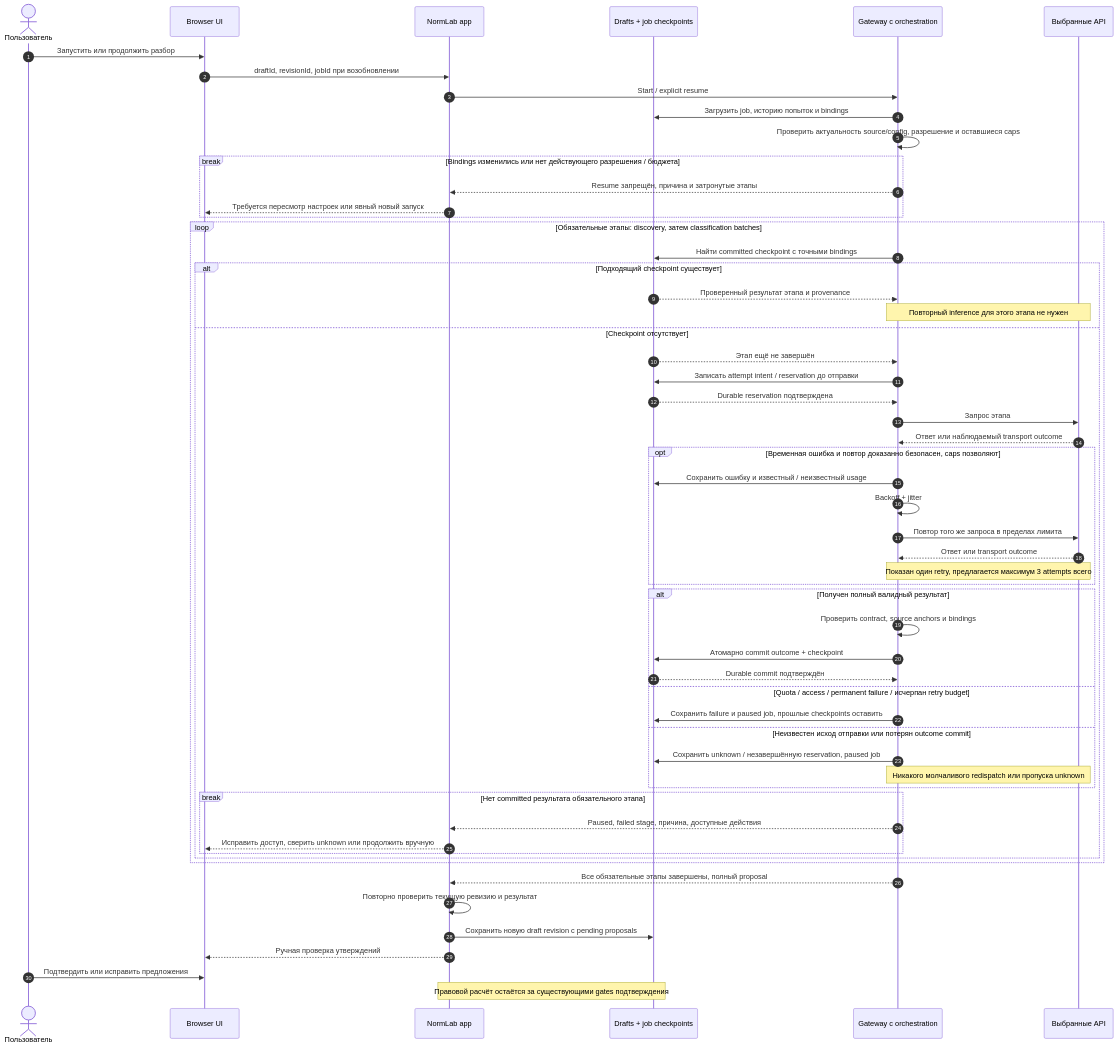
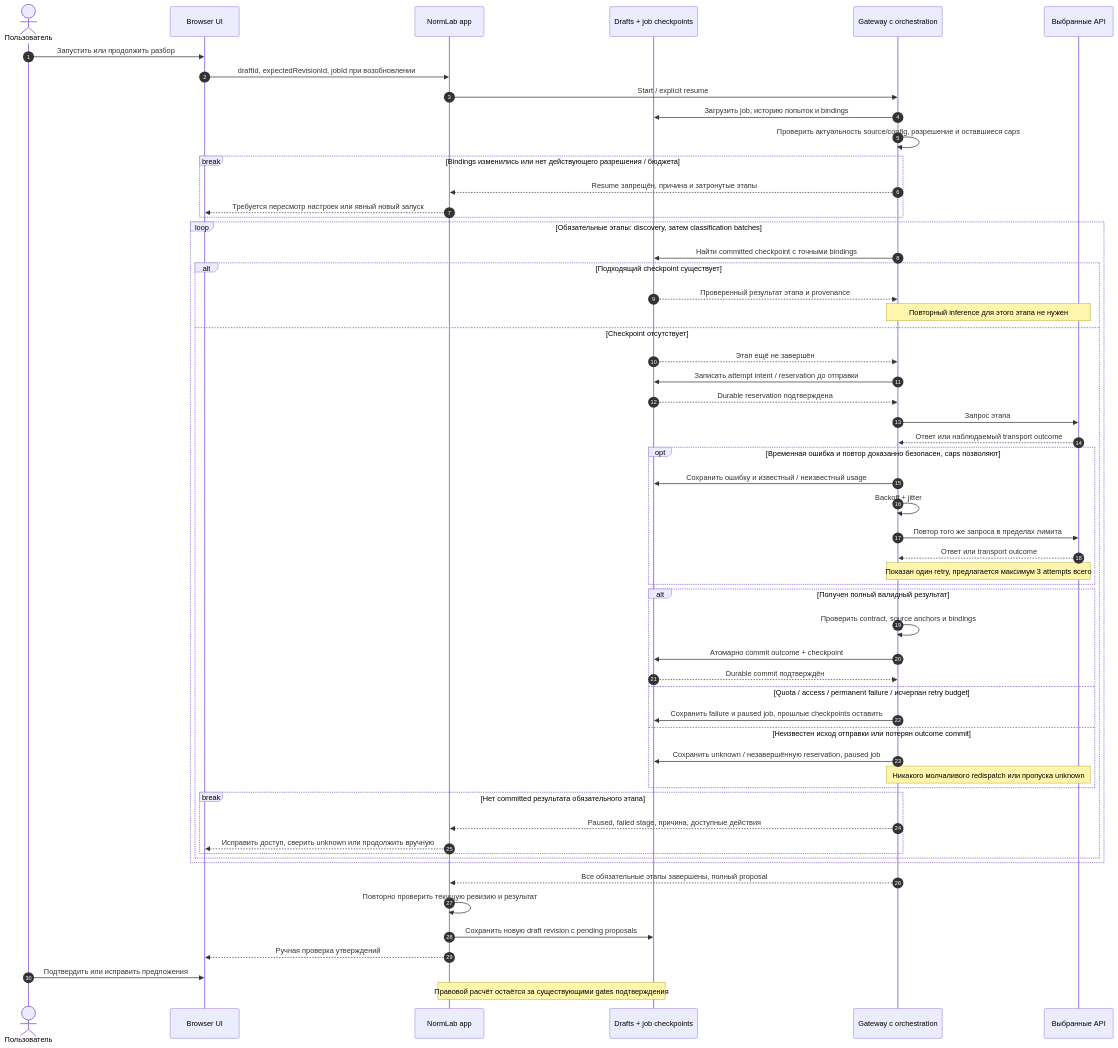
Before and after one commit to SoundBlaster/NormLab: the second of 2 diagrams in docs/HOSTED_INFERENCE_RECOVERY.md, drawn with Mermaid. The commit also changed other lines of this file, not shown here.

Commit message:
Use expectedRevisionId in recovery sequence requests

````diff
--- a/docs/HOSTED_INFERENCE_RECOVERY.md
+++ b/docs/HOSTED_INFERENCE_RECOVERY.md
@@ -95,62 +95,62 @@
 ```mermaid
 sequenceDiagram
     autonumber
     actor User as Пользователь
     participant UI as Browser UI
     participant App as NormLab app
     participant Store as Drafts + job checkpoints
     participant GW as Gateway с orchestration
     participant API as Выбранные API
 
     User->>UI: Запустить или продолжить разбор
-    UI->>App: draftId, revisionId, jobId при возобновлении
+    UI->>App: draftId, expectedRevisionId, jobId при возобновлении
     App->>GW: Start / explicit resume
     GW->>Store: Загрузить job, историю попыток и bindings
     GW->>GW: Проверить актуальность source/config, разрешение и оставшиеся caps
     break Bindings изменились или нет действующего разрешения / бюджета
         GW-->>App: Resume запрещён, причина и затронутые этапы
         App-->>UI: Требуется пересмотр настроек или явный новый запуск
     end
 
     loop Обязательные этапы: discovery, затем classification batches
         GW->>Store: Найти committed checkpoint с точными bindings
         alt Подходящий checkpoint существует
             Store-->>GW: Проверенный результат этапа и provenance
             Note over GW,API: Повторный inference для этого этапа не нужен
         else Checkpoint отсутствует
             Store-->>GW: Этап ещё не завершён
             GW->>Store: Записать attempt intent / reservation до отправки
             Store-->>GW: Durable reservation подтверждена
             GW->>API: Запрос этапа
             API-->>GW: Ответ или наблюдаемый transport outcome
             opt Временная ошибка и повтор доказанно безопасен, caps позволяют
                 GW->>Store: Сохранить ошибку и известный / неизвестный usage
                 GW->>GW: Backoff + jitter
                 GW->>API: Повтор того же запроса в пределах лимита
                 API-->>GW: Ответ или transport outcome
                 Note over GW,API: Показан один retry, предлагается максимум 3 attempts всего
             end
             alt Получен полный валидный результат
                 GW->>GW: Проверить contract, source anchors и bindings
                 GW->>Store: Атомарно commit outcome + checkpoint
                 Store-->>GW: Durable commit подтверждён
             else Quota / access / permanent failure / исчерпан retry budget
                 GW->>Store: Сохранить failure и paused job, прошлые checkpoints оставить
             else Неизвестен исход отправки или потерян outcome commit
                 GW->>Store: Сохранить unknown / незавершённую reservation, paused job
                 Note over GW,API: Никакого молчаливого redispatch или пропуска unknown
             end
             break Нет committed результата обязательного этапа
                 GW-->>App: Paused, failed stage, причина, доступные действия
                 App-->>UI: Исправить доступ, сверить unknown или продолжить вручную
             end
         end
     end
 
     GW-->>App: Все обязательные этапы завершены, полный proposal
     App->>App: Повторно проверить текущую ревизию и результат
     App->>Store: Сохранить новую draft revision с pending proposals
     App-->>UI: Ручная проверка утверждений
     User->>UI: Подтвердить или исправить предложения
     Note over App,Store: Правовой расчёт остаётся за существующими gates подтверждения
 ```
````
